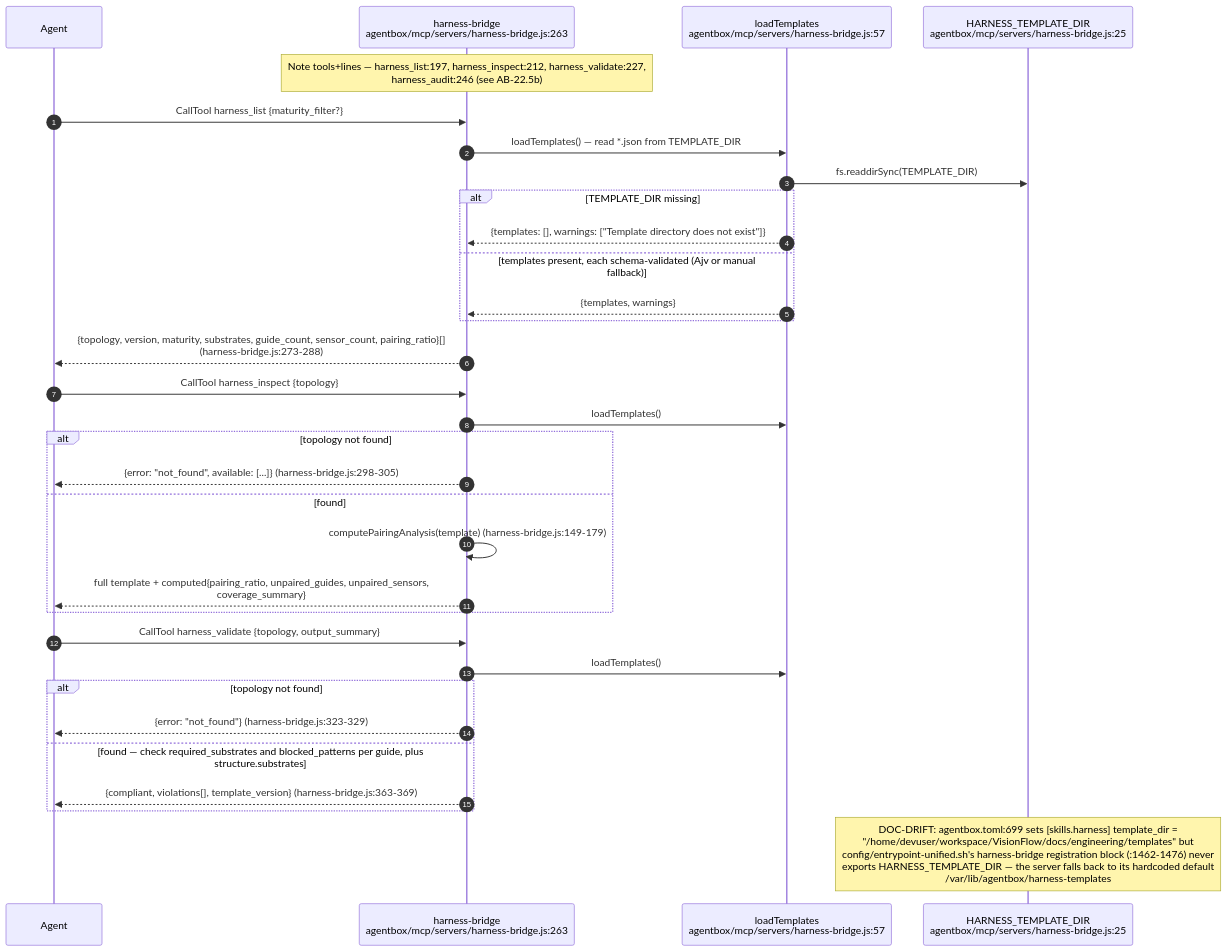
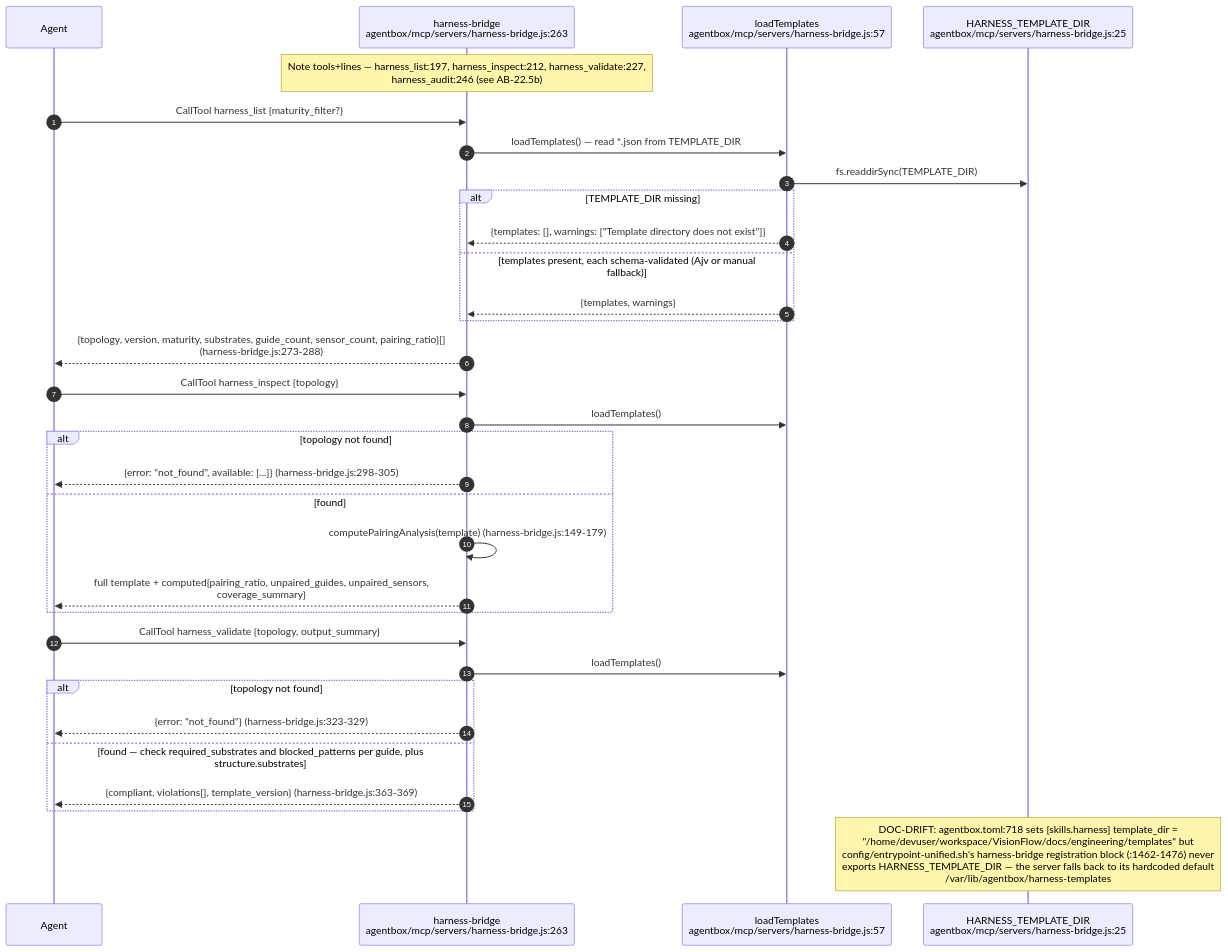
Before and after one commit to DreamLab-AI/AR-AI-Knowledge-Graph: the fifth of 13 diagrams in docs/diagrams/agentbox/22-skills-and-routing.md, drawn with Mermaid. The commit also changed other lines of this file and 73 other files, not shown here.

First line of the commit message:
docs(diagrams): re-verify all 71 topic files against HEAD; add --cite-check

````diff
--- a/docs/diagrams/agentbox/22-skills-and-routing.md
+++ b/docs/diagrams/agentbox/22-skills-and-routing.md
@@ -163,37 +163,37 @@
 ```mermaid
 sequenceDiagram
     autonumber
     participant AG as Agent
     participant HB as harness-bridge<br/>agentbox/mcp/servers/harness-bridge.js:263
     participant LT as loadTemplates<br/>agentbox/mcp/servers/harness-bridge.js:57
     participant TD as HARNESS_TEMPLATE_DIR<br/>agentbox/mcp/servers/harness-bridge.js:25
 
     Note over HB: Note tools+lines — harness_list:197, harness_inspect:212, harness_validate:227,<br/>harness_audit:246 (see AB-22.5b)
     AG->>HB: CallTool harness_list {maturity_filter?}
     HB->>LT: loadTemplates() — read *.json from TEMPLATE_DIR
     LT->>TD: fs.readdirSync(TEMPLATE_DIR)
     alt TEMPLATE_DIR missing
         LT-->>HB: {templates: [], warnings: ["Template directory does not exist"]}
     else templates present, each schema-validated (Ajv or manual fallback)
         LT-->>HB: {templates, warnings}
     end
     HB-->>AG: {topology, version, maturity, substrates, guide_count, sensor_count, pairing_ratio}[]<br/>(harness-bridge.js:273-288)
 
     AG->>HB: CallTool harness_inspect {topology}
     HB->>LT: loadTemplates()
     alt topology not found
         HB-->>AG: {error: "not_found", available: [...]} (harness-bridge.js:298-305)
     else found
         HB->>HB: computePairingAnalysis(template) (harness-bridge.js:149-179)
         HB-->>AG: full template + computed{pairing_ratio, unpaired_guides, unpaired_sensors,<br/>coverage_summary}
     end
 
     AG->>HB: CallTool harness_validate {topology, output_summary}
     HB->>LT: loadTemplates()
     alt topology not found
         HB-->>AG: {error: "not_found"} (harness-bridge.js:323-329)
     else found — check required_substrates and blocked_patterns per guide, plus structure.substrates
         HB-->>AG: {compliant, violations[], template_version} (harness-bridge.js:363-369)
     end
-    Note over TD: DOC-DRIFT: agentbox.toml:699 sets [skills.harness] template_dir =<br/>"/home/devuser/workspace/VisionFlow/docs/engineering/templates" but<br/>config/entrypoint-unified.sh's harness-bridge registration block (:1462-1476) never<br/>exports HARNESS_TEMPLATE_DIR — the server falls back to its hardcoded default<br/>/var/lib/agentbox/harness-templates
+    Note over TD: DOC-DRIFT: agentbox.toml:718 sets [skills.harness] template_dir =<br/>"/home/devuser/workspace/VisionFlow/docs/engineering/templates" but<br/>config/entrypoint-unified.sh's harness-bridge registration block (:1462-1476) never<br/>exports HARNESS_TEMPLATE_DIR — the server falls back to its hardcoded default<br/>/var/lib/agentbox/harness-templates
 ```
````
